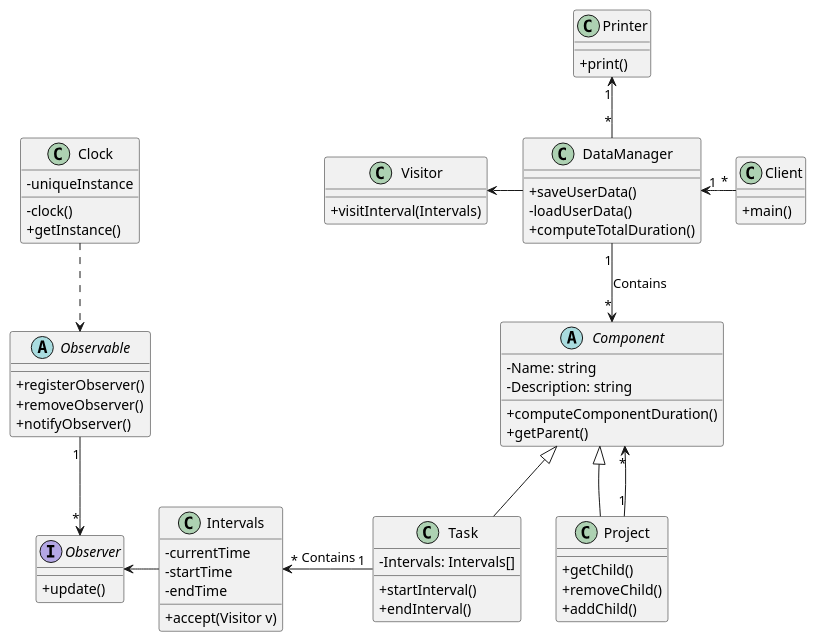
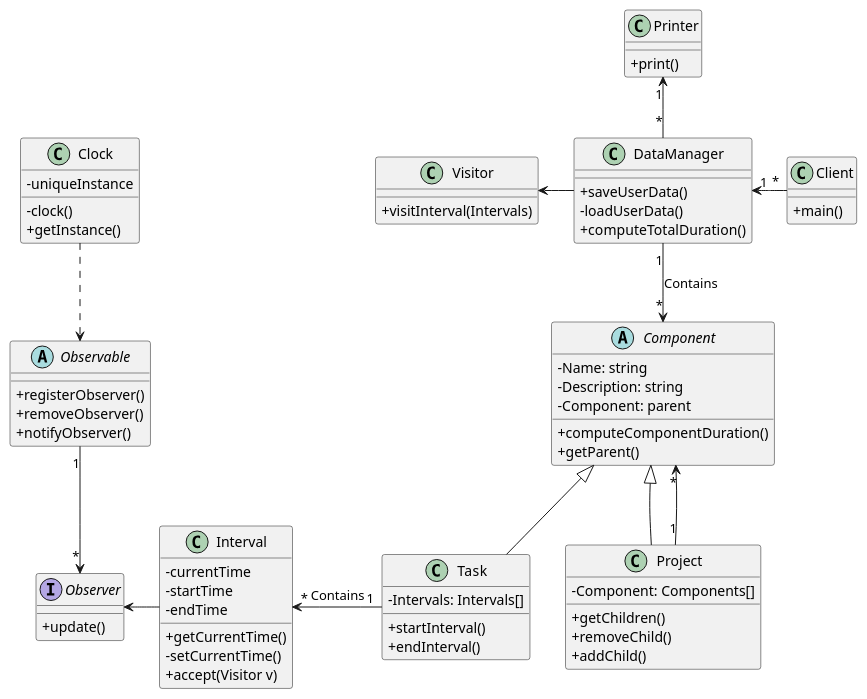
The diagram in Time_Tracker/DSTimeTracker.puml (quimcamprubi/DS_Time_Tracker), drawn with PlantUML before and after one commit.

Commit message:
design change

```diff
--- a/Time_Tracker/DSTimeTracker.puml
+++ b/Time_Tracker/DSTimeTracker.puml
@@ -1,79 +1,84 @@
 @startuml 
 
 skinparam classAttributeIconSize 0
 skinparam linetype polyline
 
 abstract class Component {
 - Name: string
 - Description: string
+- Component: parent
 + computeComponentDuration()
 + getParent()
 }
 
 class Project extends Component {
-+ getChild()
+- Component: Components[]
++ getChildren()
 + removeChild()
 + addChild()
 }
 
 
 class Task extends Component {
 - Intervals: Intervals[]
 + startInterval()
 + endInterval()
 }
 
 class Visitor{
 + visitInterval(Intervals)
 }
 
 
-class Intervals {
+class Interval{
 - currentTime
 - startTime
 - endTime
++ getCurrentTime()
+- setCurrentTime()
 + accept(Visitor v)
+
 }
 
 Interface Observer{
 + update()
 }
 
 abstract class Observable {
 + registerObserver()
 + removeObserver()
 + notifyObserver()
 }
 
 class Clock {
 - uniqueInstance
 - clock()
 + getInstance()
 }
 
 class Client{
 + main()
 }
 
 class DataManager{  
 + saveUserData()
 - loadUserData()
 + computeTotalDuration()
 }
 
 Class Printer{
 + print()
 }
 
 Visitor <-right- DataManager
 DataManager "1" -down-> "*" Component: Contains
 Project "1" --> "*" Component
 Client "*" -left-> "1" DataManager
-Task "1" -left-> "*" Intervals:Contains
+Task "1" -left-> "*" Interval:Contains
 Clock .down.> Observable
 Observable "1" -Down-> "*" Observer
-Intervals -left-> Observer
+Interval -left-> Observer
 DataManager "*" -up-> "1" Printer
 Task -[hidden]right-> Project
 
 @enduml
```
